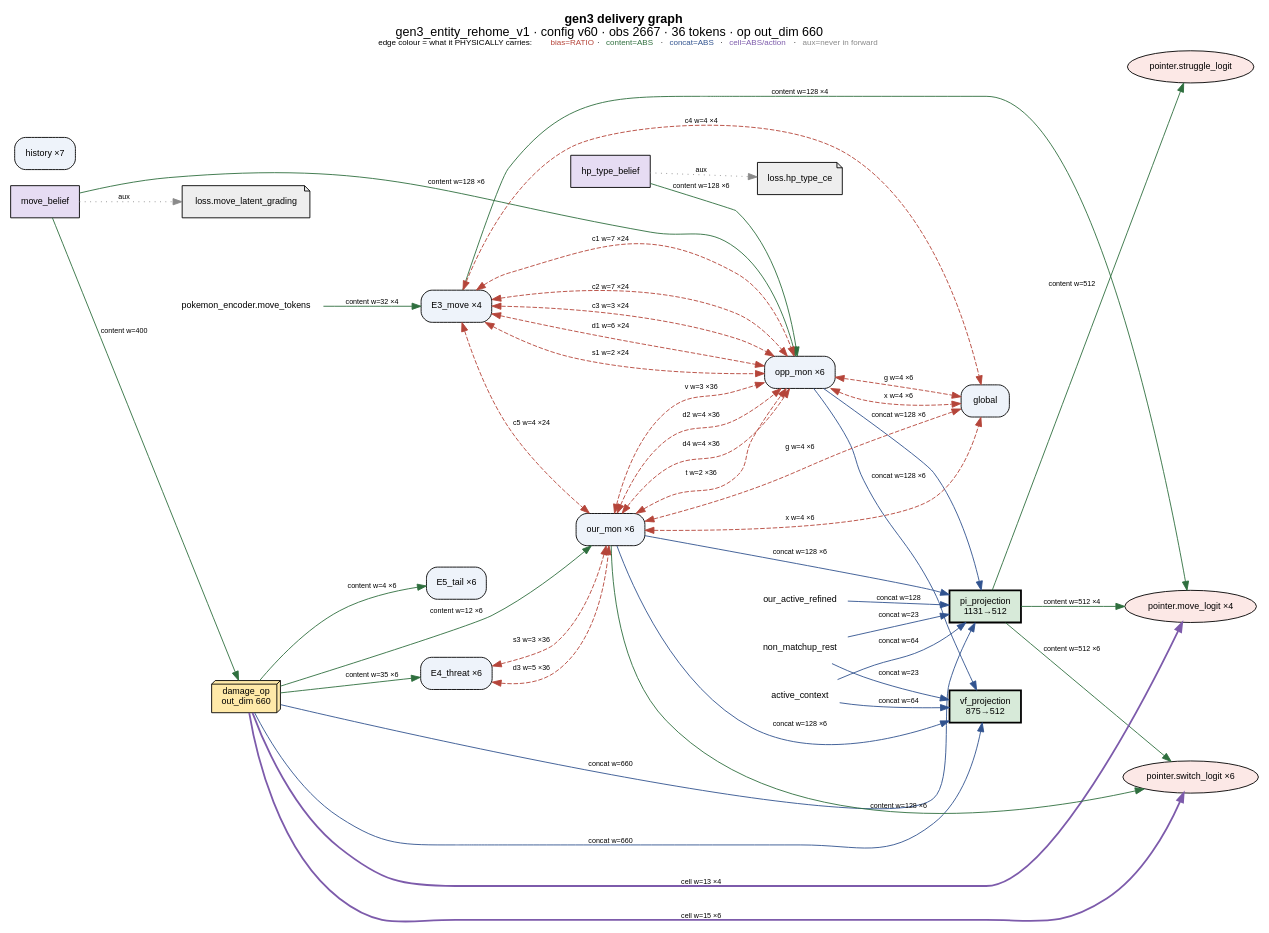
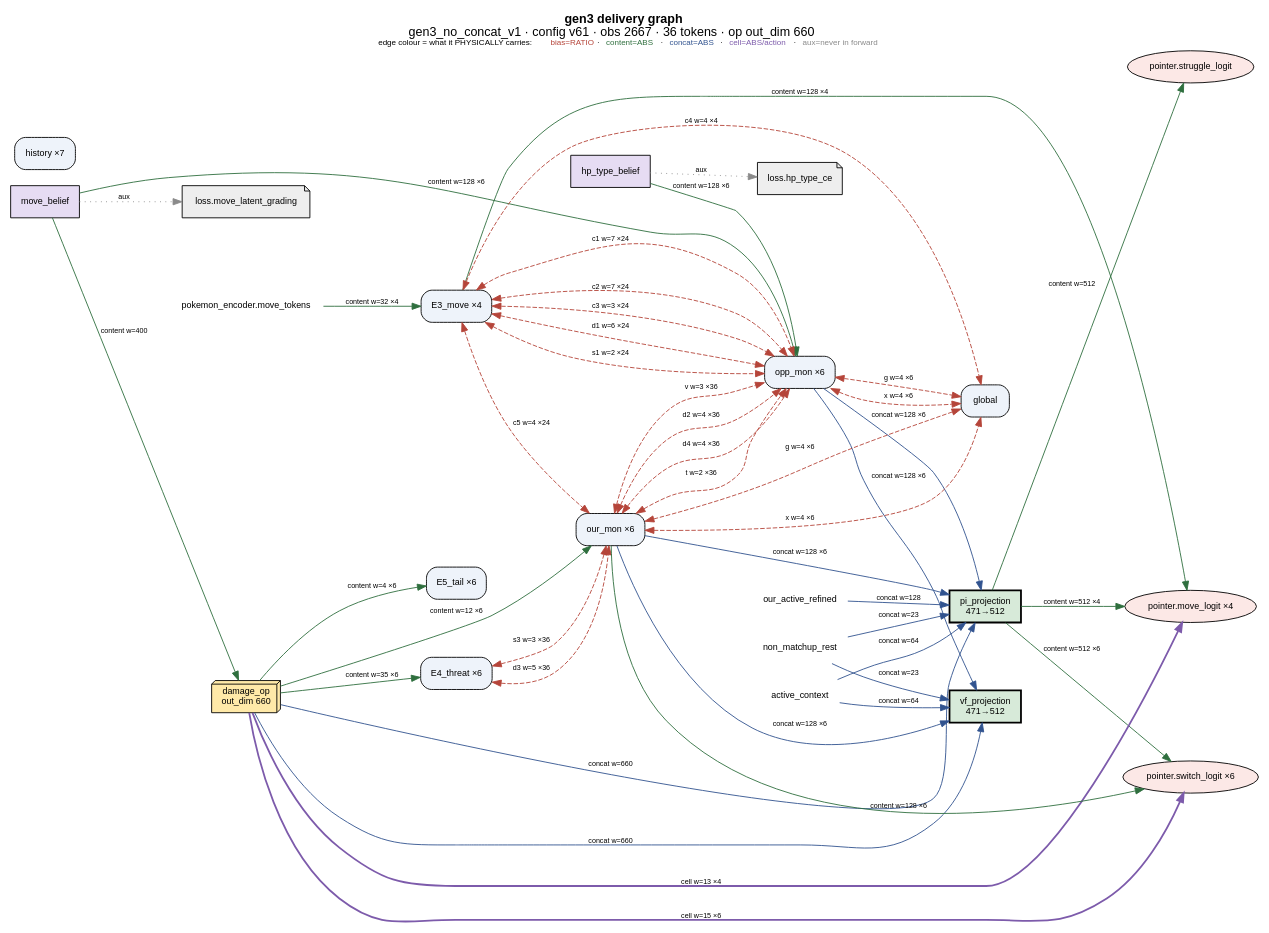
One commit to JGoodlad/gen3ai changed the diagram in designs/architecture_graph.dot. Above: the diagram before and after it, drawn with Graphviz. The commit also changed 17 other files, not shown here.

```diff
--- a/designs/architecture_graph.dot
+++ b/designs/architecture_graph.dot
@@ -1,77 +1,77 @@
 digraph gen3_delivery {
   // GENERATED by src/agents/model/delivery_graph.py — do not edit by hand.
-  // config=production_config.json  arch=gen3_entity_rehome_v1  v60
+  // config=production_config.json  arch=gen3_no_concat_v1  v61
   rankdir=LR; splines=spline; fontname="Helvetica"; compound=true;
   node [fontname="Helvetica", fontsize=10];
   edge [fontname="Helvetica", fontsize=8];
 
   labelloc="t";
-  label=<<b>gen3 delivery graph</b><br/>gen3_entity_rehome_v1 · config v60 · obs 2667 · 36 tokens · op out_dim 660<br/><font point-size="9">edge colour = what it PHYSICALLY carries: <font color="#b5453a">bias=RATIO</font> · <font color="#2f6f3e">content=ABS</font> · <font color="#31538f">concat=ABS</font> · <font color="#7d5bab">cell=ABS/action</font> · <font color="#8a8a8a">aux=never in forward</font></font>>;
+  label=<<b>gen3 delivery graph</b><br/>gen3_no_concat_v1 · config v61 · obs 2667 · 36 tokens · op out_dim 660<br/><font point-size="9">edge colour = what it PHYSICALLY carries: <font color="#b5453a">bias=RATIO</font> · <font color="#2f6f3e">content=ABS</font> · <font color="#31538f">concat=ABS</font> · <font color="#7d5bab">cell=ABS/action</font> · <font color="#8a8a8a">aux=never in forward</font></font>>;
 
   "loss.hp_type_ce" [shape=note, style=filled, fillcolor="#eeeeee", label="loss.hp_type_ce"];
   "loss.move_latent_grading" [shape=note, style=filled, fillcolor="#eeeeee", label="loss.move_latent_grading"];
   "hp_type_belief" [shape=box, style=filled, fillcolor="#e6dcf3", label="hp_type_belief"];
   "move_belief" [shape=box, style=filled, fillcolor="#e6dcf3", label="move_belief"];
-  "pi_projection" [shape=box, style="filled,bold", fillcolor="#d7ead9", label="pi_projection\n1131→512"];
-  "vf_projection" [shape=box, style="filled,bold", fillcolor="#d7ead9", label="vf_projection\n875→512"];
+  "pi_projection" [shape=box, style="filled,bold", fillcolor="#d7ead9", label="pi_projection\n471→512"];
+  "vf_projection" [shape=box, style="filled,bold", fillcolor="#d7ead9", label="vf_projection\n471→512"];
   "active_context" [shape=plaintext, label="active_context"];
   "non_matchup_rest" [shape=plaintext, label="non_matchup_rest"];
   "our_active_refined" [shape=plaintext, label="our_active_refined"];
   "pokemon_encoder.move_tokens" [shape=plaintext, label="pokemon_encoder.move_tokens"];
   "pointer.move_logit" [shape=ellipse, style=filled, fillcolor="#fce8e6", label="pointer.move_logit ×4"];
   "pointer.struggle_logit" [shape=ellipse, style=filled, fillcolor="#fce8e6", label="pointer.struggle_logit"];
   "pointer.switch_logit" [shape=ellipse, style=filled, fillcolor="#fce8e6", label="pointer.switch_logit ×6"];
   "damage_op" [shape=box3d, style=filled, fillcolor="#ffe9a8", label="damage_op\nout_dim 660"];
   "E3_move" [shape=box, style="rounded,filled", fillcolor="#eef3fa", label="E3_move ×4"];
   "E4_threat" [shape=box, style="rounded,filled", fillcolor="#eef3fa", label="E4_threat ×6"];
   "E5_tail" [shape=box, style="rounded,filled", fillcolor="#eef3fa", label="E5_tail ×6"];
   "global" [shape=box, style="rounded,filled", fillcolor="#eef3fa", label="global"];
   "history" [shape=box, style="rounded,filled", fillcolor="#eef3fa", label="history ×7"];
   "opp_mon" [shape=box, style="rounded,filled", fillcolor="#eef3fa", label="opp_mon ×6"];
   "our_mon" [shape=box, style="rounded,filled", fillcolor="#eef3fa", label="our_mon ×6"];
 
   "E3_move" -> "global" [color="#b5453a", style=dashed, label="c4 w=4 ×4", tooltip="RATIO · _EDGE_C4_CELL", dir=both];
   "E3_move" -> "opp_mon" [color="#b5453a", style=dashed, label="c1 w=7 ×24", tooltip="RATIO · _EDGE_C1_CELL", dir=both];
   "E3_move" -> "opp_mon" [color="#b5453a", style=dashed, label="c2 w=7 ×24", tooltip="RATIO · _EDGE_C2_CELL", dir=both];
   "E3_move" -> "opp_mon" [color="#b5453a", style=dashed, label="c3 w=3 ×24", tooltip="RATIO · _EDGE_C3_CELL", dir=both];
   "E3_move" -> "opp_mon" [color="#b5453a", style=dashed, label="d1 w=6 ×24", tooltip="RATIO · _EDGE_D1_CELL", dir=both];
   "E3_move" -> "opp_mon" [color="#b5453a", style=dashed, label="s1 w=2 ×24", tooltip="RATIO · _EDGE_S1_CELL", dir=both];
   "E3_move" -> "our_mon" [color="#b5453a", style=dashed, label="c5 w=4 ×24", tooltip="RATIO · _EDGE_C5_CELL", dir=both];
   "E3_move" -> "pointer.move_logit" [color="#2f6f3e", style=solid, label="content w=128 ×4", tooltip="ABS · pointer_move_token_dim"];
   "E4_threat" -> "our_mon" [color="#b5453a", style=dashed, label="d3 w=5 ×36", tooltip="RATIO · _EDGE_D3_CELL", dir=both];
   "E4_threat" -> "our_mon" [color="#b5453a", style=dashed, label="s3 w=3 ×36", tooltip="RATIO · _EDGE_S3_CELL", dir=both];
   "active_context" -> "pi_projection" [color="#31538f", style=solid, label="concat w=64", tooltip="ABS · 2 * ACTIVE_CTX_HIDDEN[-1]"];
   "active_context" -> "vf_projection" [color="#31538f", style=solid, label="concat w=64", tooltip="ABS · 2 * ACTIVE_CTX_HIDDEN[-1]"];
   "damage_op" -> "E4_threat" [color="#2f6f3e", style=solid, label="content w=35 ×6", tooltip="ABS · MOVE_LATENT_DIM + 3"];
   "damage_op" -> "E5_tail" [color="#2f6f3e", style=solid, label="content w=4 ×6", tooltip="ABS · _EDGE_TAIL_CELL(4)"];
   "damage_op" -> "our_mon" [color="#2f6f3e", style=solid, label="content w=12 ×6", tooltip="ABS · _DMG_PER_MON"];
   "damage_op" -> "pi_projection" [color="#31538f", style=solid, label="concat w=660", tooltip="ABS · DamageOperator.out_dim"];
   "damage_op" -> "pointer.move_logit" [color="#7d5bab", style=bold, label="cell w=13 ×4", tooltip="ABS/action · _PTR_MOVE_CELL"];
   "damage_op" -> "pointer.switch_logit" [color="#7d5bab", style=bold, label="cell w=15 ×6", tooltip="ABS/action · _PTR_SWITCH_CELL_IN"];
   "damage_op" -> "vf_projection" [color="#31538f", style=solid, label="concat w=660", tooltip="ABS · DamageOperator.out_dim"];
   "hp_type_belief" -> "loss.hp_type_ce" [color="#8a8a8a", style=dotted, label="aux", tooltip="train-only · training-only obs Dict key"];
   "hp_type_belief" -> "opp_mon" [color="#2f6f3e", style=solid, label="content w=128 ×6", tooltip="ABS · D_MODEL"];
   "move_belief" -> "damage_op" [color="#2f6f3e", style=solid, label="content w=400", tooltip="ABS · layout['max_moves']"];
   "move_belief" -> "loss.move_latent_grading" [color="#8a8a8a", style=dotted, label="aux", tooltip="train-only · training-only obs Dict key"];
   "move_belief" -> "opp_mon" [color="#2f6f3e", style=solid, label="content w=128 ×6", tooltip="ABS · D_MODEL"];
   "non_matchup_rest" -> "pi_projection" [color="#31538f", style=solid, label="concat w=23", tooltip="ABS · GLOBAL_ENV_DIM + board scalars"];
   "non_matchup_rest" -> "vf_projection" [color="#31538f", style=solid, label="concat w=23", tooltip="ABS · GLOBAL_ENV_DIM + board scalars"];
   "opp_mon" -> "global" [color="#b5453a", style=dashed, label="g w=4 ×6", tooltip="RATIO · _EDGE_G_CELL", dir=both];
   "opp_mon" -> "global" [color="#b5453a", style=dashed, label="x w=4 ×6", tooltip="RATIO · _EDGE_X_CELL", dir=both];
   "opp_mon" -> "pi_projection" [color="#31538f", style=solid, label="concat w=128 ×6", tooltip="ABS · D_MODEL"];
   "opp_mon" -> "vf_projection" [color="#31538f", style=solid, label="concat w=128 ×6", tooltip="ABS · D_MODEL"];
   "our_active_refined" -> "pi_projection" [color="#31538f", style=solid, label="concat w=128", tooltip="ABS · D_MODEL"];
   "our_mon" -> "global" [color="#b5453a", style=dashed, label="g w=4 ×6", tooltip="RATIO · _EDGE_G_CELL", dir=both];
   "our_mon" -> "global" [color="#b5453a", style=dashed, label="x w=4 ×6", tooltip="RATIO · _EDGE_X_CELL", dir=both];
   "our_mon" -> "opp_mon" [color="#b5453a", style=dashed, label="d2 w=4 ×36", tooltip="RATIO · _EDGE_D2_CELL", dir=both];
   "our_mon" -> "opp_mon" [color="#b5453a", style=dashed, label="d4 w=4 ×36", tooltip="RATIO · _EDGE_D4_CELL", dir=both];
   "our_mon" -> "opp_mon" [color="#b5453a", style=dashed, label="t w=2 ×36", tooltip="RATIO · _EDGE_T_CELL", dir=both];
   "our_mon" -> "opp_mon" [color="#b5453a", style=dashed, label="v w=3 ×36", tooltip="RATIO · _EDGE_V_CELL", dir=both];
   "our_mon" -> "pi_projection" [color="#31538f", style=solid, label="concat w=128 ×6", tooltip="ABS · D_MODEL"];
   "our_mon" -> "pointer.switch_logit" [color="#2f6f3e", style=solid, label="content w=128 ×6", tooltip="ABS · D_MODEL"];
   "our_mon" -> "vf_projection" [color="#31538f", style=solid, label="concat w=128 ×6", tooltip="ABS · D_MODEL"];
   "pi_projection" -> "pointer.move_logit" [color="#2f6f3e", style=solid, label="content w=512 ×4", tooltip="ABS · NET_ARCH[-1]"];
   "pi_projection" -> "pointer.struggle_logit" [color="#2f6f3e", style=solid, label="content w=512", tooltip="ABS · NET_ARCH[-1]"];
   "pi_projection" -> "pointer.switch_logit" [color="#2f6f3e", style=solid, label="content w=512 ×6", tooltip="ABS · NET_ARCH[-1]"];
   "pokemon_encoder.move_tokens" -> "E3_move" [color="#2f6f3e", style=solid, label="content w=32 ×4", tooltip="ABS · MOVE_NET_HIDDEN[1]"];
 }
```
